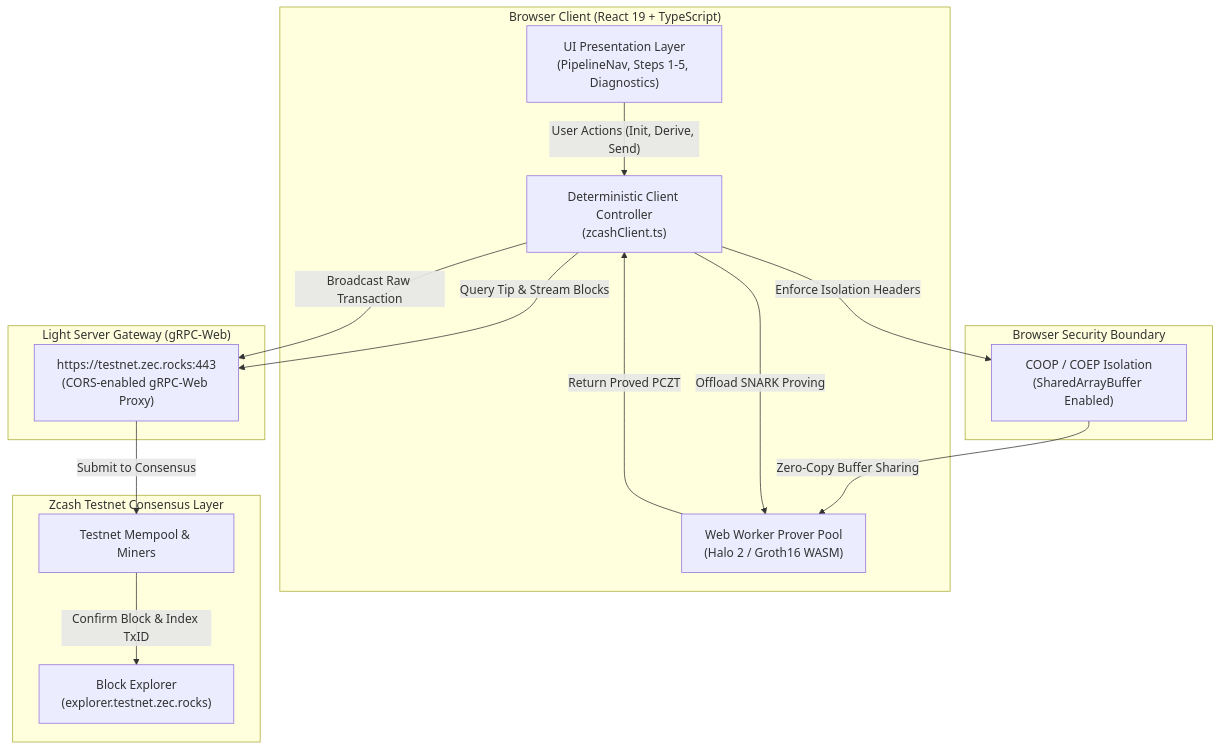
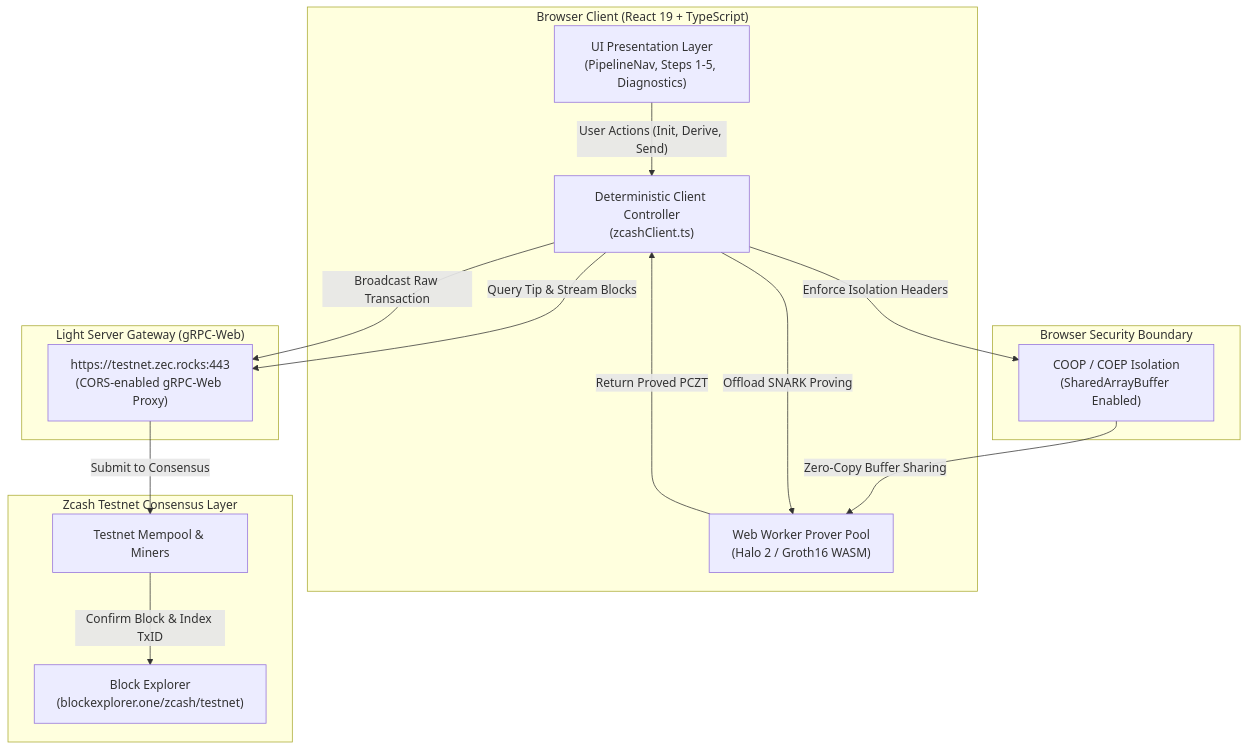
One commit to Anekenonso/create-zcash-app changed the first of 2 diagrams in README.md. Above: the diagram before and after it, drawn with Mermaid. The commit also changed other lines of this file and 6 other files, not shown here.

Commit message:
fix(zcash): update testnet explorer endpoint to blockexplorer.one and standardize 64-char txid format

````diff
--- a/README.md
+++ b/README.md
@@ -75,31 +75,31 @@
 ```mermaid
 flowchart TD
     subgraph BrowserClient["Browser Client (React 19 + TypeScript)"]
         UI["UI Presentation Layer\n(PipelineNav, Steps 1-5, Diagnostics)"]
         ClientCtrl["Deterministic Client Controller\n(zcashClient.ts)"]
         WorkerPool["Web Worker Prover Pool\n(Halo 2 / Groth16 WASM)"]
     end
 
     subgraph SecurityBoundary["Browser Security Boundary"]
         Isolation["COOP / COEP Isolation\n(SharedArrayBuffer Enabled)"]
     end
 
     subgraph LightServerGateway["Light Server Gateway (gRPC-Web)"]
         Proxy["https://testnet.zec.rocks:443\n(CORS-enabled gRPC-Web Proxy)"]
     end
 
     subgraph BlockchainLayer["Zcash Testnet Consensus Layer"]
         Mempool["Testnet Mempool & Miners"]
-        Explorer["Block Explorer\n(explorer.testnet.zec.rocks)"]
+        Explorer["Block Explorer\n(blockexplorer.one/zcash/testnet)"]
     end
 
     UI -->|"User Actions (Init, Derive, Send)"| ClientCtrl
     ClientCtrl -->|"Enforce Isolation Headers"| Isolation
     Isolation -->|"Zero-Copy Buffer Sharing"| WorkerPool
     ClientCtrl -->|"Offload SNARK Proving"| WorkerPool
     WorkerPool -->|"Return Proved PCZT"| ClientCtrl
     ClientCtrl -->|"Query Tip & Stream Blocks"| Proxy
     ClientCtrl -->|"Broadcast Raw Transaction"| Proxy
     Proxy -->|"Submit to Consensus"| Mempool
     Mempool -->|"Confirm Block & Index TxID"| Explorer
 ```
````
